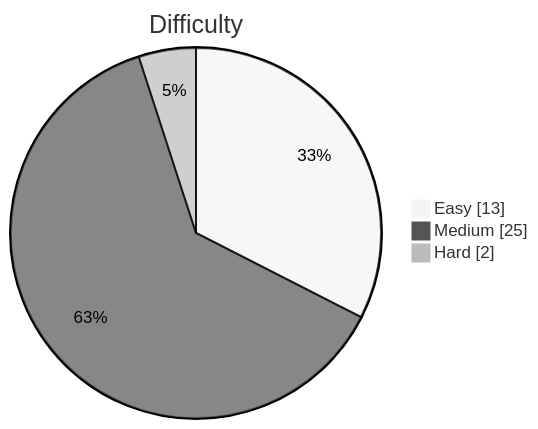
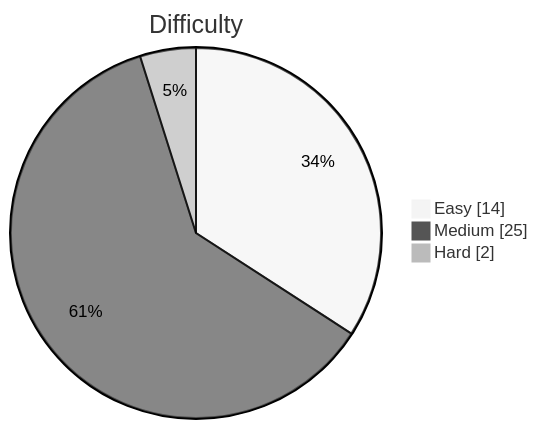
One commit to kevstevie/python-algo-practice changed the diagram in README.md. Above: the diagram before and after it, drawn with Mermaid (neutral theme). The commit also changed other lines of this file, not shown here.

````diff
--- a/README.md
+++ b/README.md
@@ -13,7 +13,7 @@
 ```mermaid
 pie showData
     title Difficulty
-    "Easy"   : 13
+    "Easy"   : 14
     "Medium" : 25
     "Hard"   : 2
 ```
````
